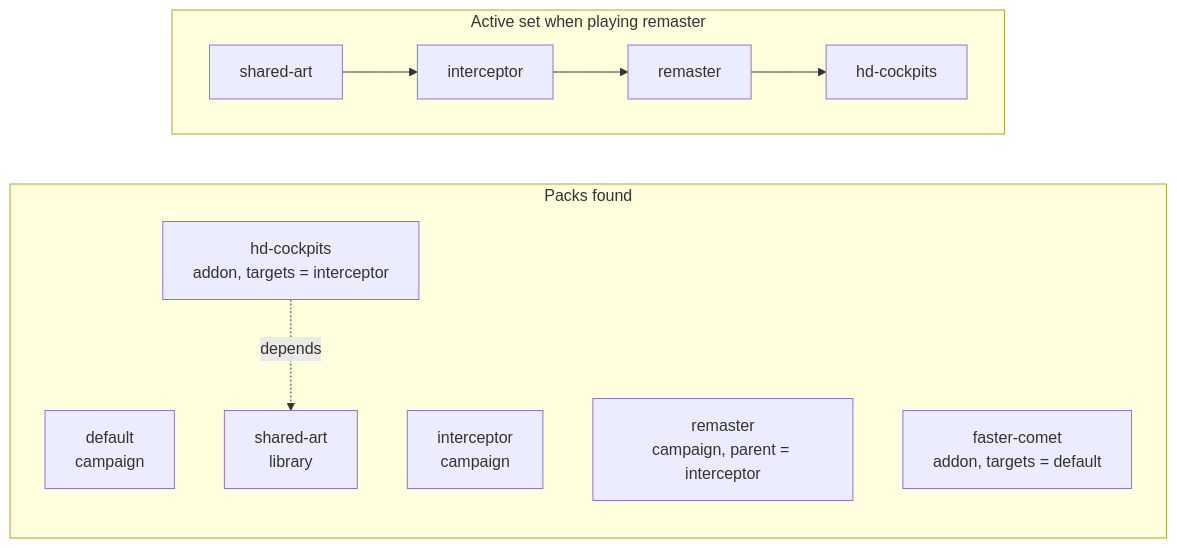
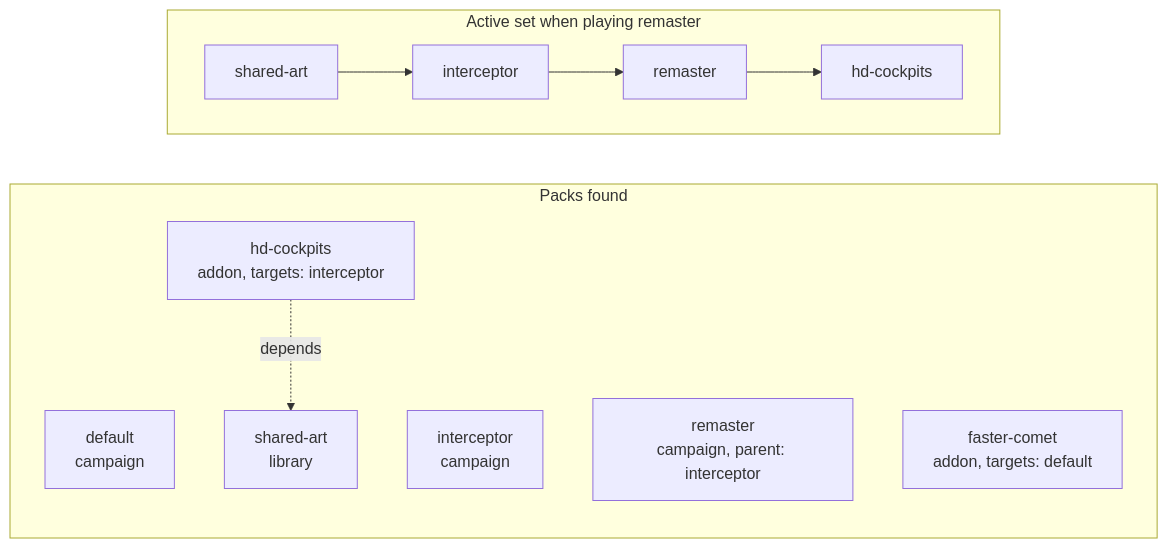
Before and after one commit to bbogovich/OpenInterceptor: the diagram in docs/modding/packs.md, drawn with Mermaid. The commit also changed other lines of this file and 56 other files, not shown here.

````diff
--- a/docs/modding/packs.md
+++ b/docs/modding/packs.md
@@ -36,16 +36,16 @@
 ```mermaid
 flowchart LR
   subgraph found["Packs found"]
     D["default<br/>campaign"]
     I["interceptor<br/>campaign"]
-    R["remaster<br/>campaign, parent = interceptor"]
-    A1["hd-cockpits<br/>addon, targets = interceptor"]
-    A2["faster-comet<br/>addon, targets = default"]
+    R["remaster<br/>campaign, parent: interceptor"]
+    A1["hd-cockpits<br/>addon, targets: interceptor"]
+    A2["faster-comet<br/>addon, targets: default"]
     L["shared-art<br/>library"]
   end
   A1 -. depends .-> L
   subgraph active["Active set when playing remaster"]
     direction LR
     L2["shared-art"] --> I2["interceptor"] --> R2["remaster"] --> A12["hd-cockpits"]
   end
 ```
````
